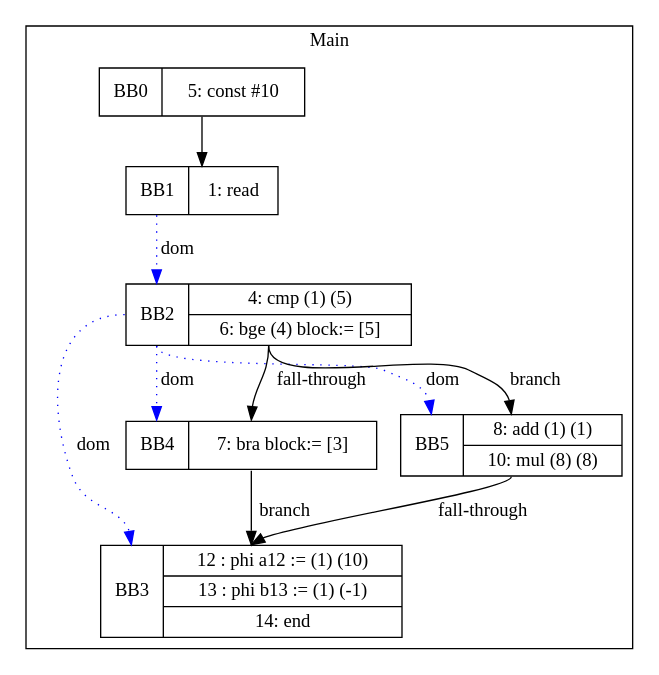
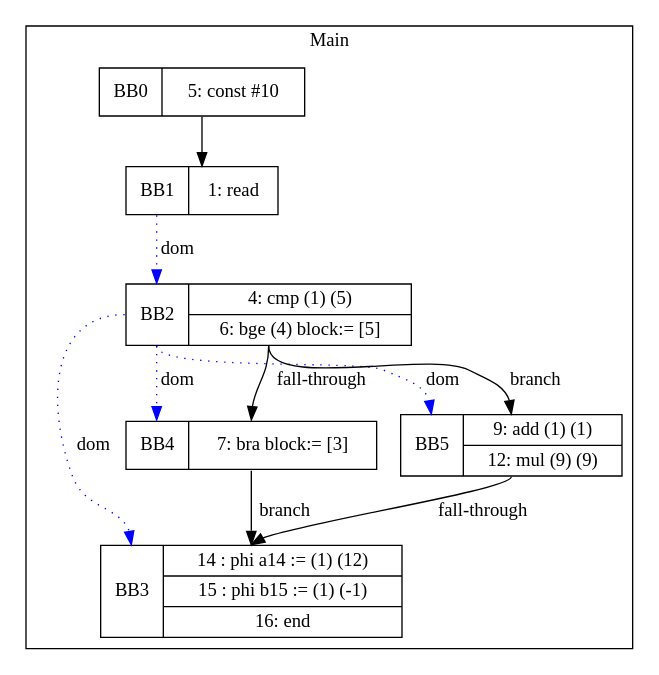
The diagram in visualization/cbelem/if/override-prev-phi.gv (zjc664656505/UCI-CS241-Advanced-Compiler-main), drawn with Graphviz before and after one commit. The commit also changed 62 other files, not shown here.

```diff
--- a/visualization/cbelem/if/override-prev-phi.gv
+++ b/visualization/cbelem/if/override-prev-phi.gv
@@ -1,21 +1,21 @@
 digraph G {
 node [shape=record];
 subgraph cluster_main{
 label = "Main";
 BB0 [shape=record, label="<b>BB0|{5: const #10}"];
 BB1 [shape=record, label="<b>BB1|{1: read}"];
 BB2 [shape=record, label="<b>BB2|{4: cmp (1) (5)|6: bge (4) block:= [5]}"];
-BB3 [shape=record, label="<b>BB3|{12 : phi a12 := (1) (10)|13 : phi b13 := (1) (-1)|14: end}"];
+BB3 [shape=record, label="<b>BB3|{14 : phi a14 := (1) (12)|15 : phi b15 := (1) (-1)|16: end}"];
 BB4 [shape=record, label="<b>BB4|{7: bra block:= [3]}"];
-BB5 [shape=record, label="<b>BB5|{8: add (1) (1)|10: mul (8) (8)}"];
+BB5 [shape=record, label="<b>BB5|{9: add (1) (1)|12: mul (9) (9)}"];
 }
 BB0:s -> BB1:n ;
 BB2:b -> BB3:b [color=blue, style=dotted, label="dom"];
 BB2:b -> BB4:b [color=blue, style=dotted, label="dom"];
 BB1:b -> BB2:b [color=blue, style=dotted, label="dom"];
 BB2:b -> BB5:b [color=blue, style=dotted, label="dom"];
 BB2:s -> BB5:n [label="branch"];
 BB4:s -> BB3:n [label="branch"];
 BB5:s -> BB3:n [label="fall-through"];
 BB2:s -> BB4:n [label="fall-through"];
 }
```
